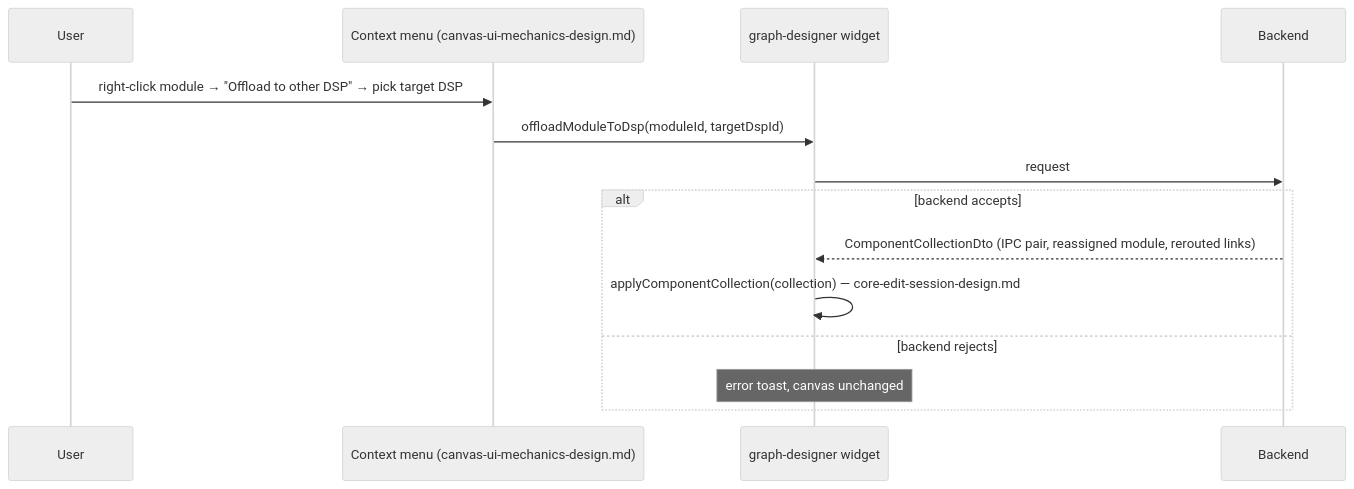
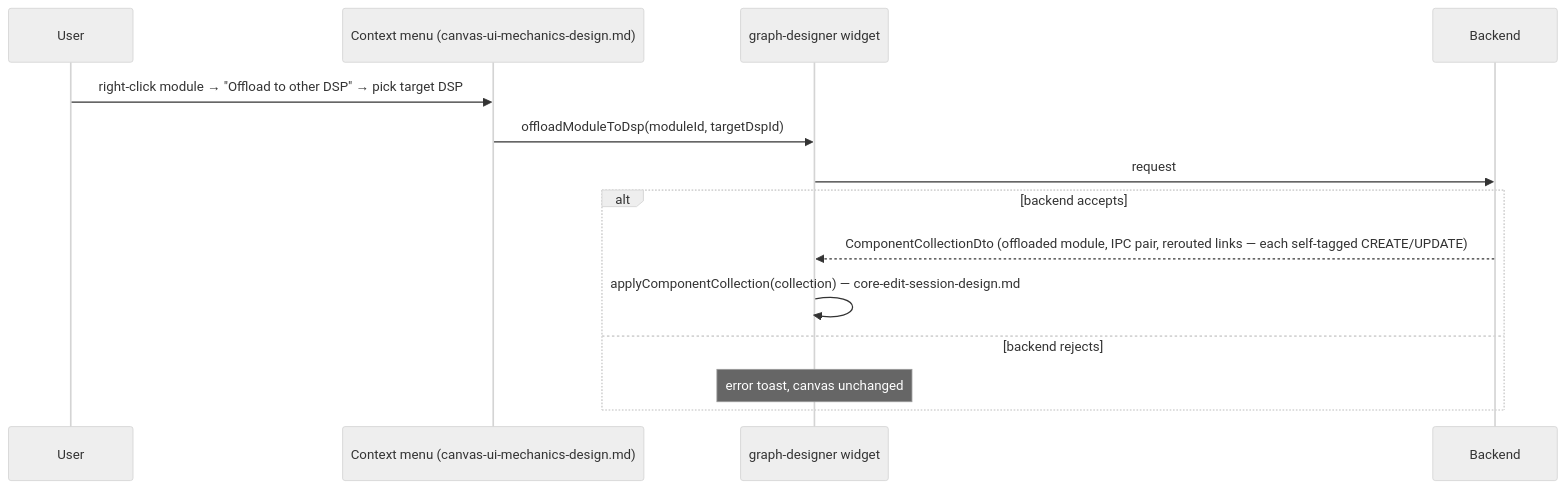
Before and after one commit to ramesh521/audioreach-creator-ui-2: the second of 2 diagrams in docs/graph-designer-edit/design/link-and-port-design.md, drawn with Mermaid (neutral theme). The commit also changed other lines of this file and 5 other files, not shown here.

````diff
--- a/docs/graph-designer-edit/design/link-and-port-design.md
+++ b/docs/graph-designer-edit/design/link-and-port-design.md
@@ -379,17 +412,17 @@
 ```mermaid
 sequenceDiagram
   participant U as User
   participant CM as Context menu (canvas-ui-mechanics-design.md)
   participant O as graph-designer widget
   participant B as Backend
 
   U->>CM: right-click module → "Offload to other DSP" → pick target DSP
   CM->>O: offloadModuleToDsp(moduleId, targetDspId)
   O->>B: request
   alt backend accepts
-    B-->>O: ComponentCollectionDto (IPC pair, reassigned module, rerouted links)
+    B-->>O: ComponentCollectionDto (offloaded module, IPC pair, rerouted links — each self-tagged CREATE/UPDATE)
     O->>O: applyComponentCollection(collection) — core-edit-session-design.md
   else backend rejects
     Note over O: error toast, canvas unchanged
   end
 ```
````
